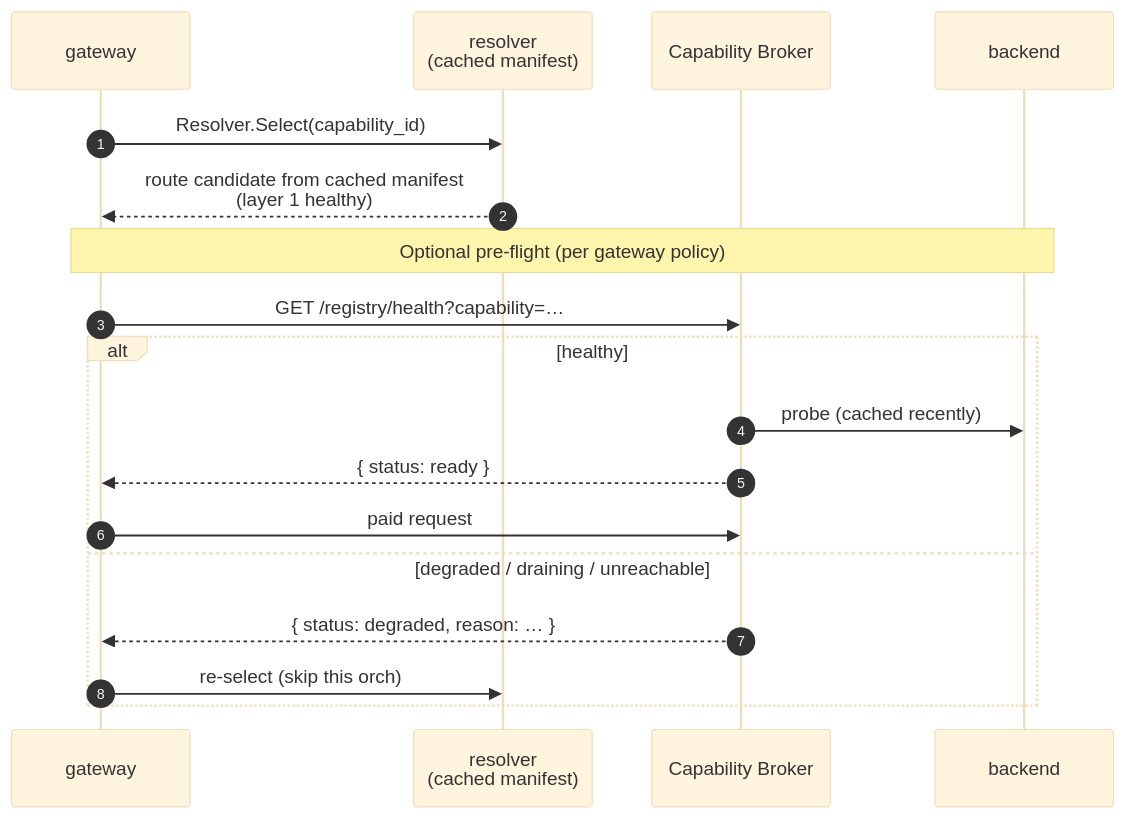
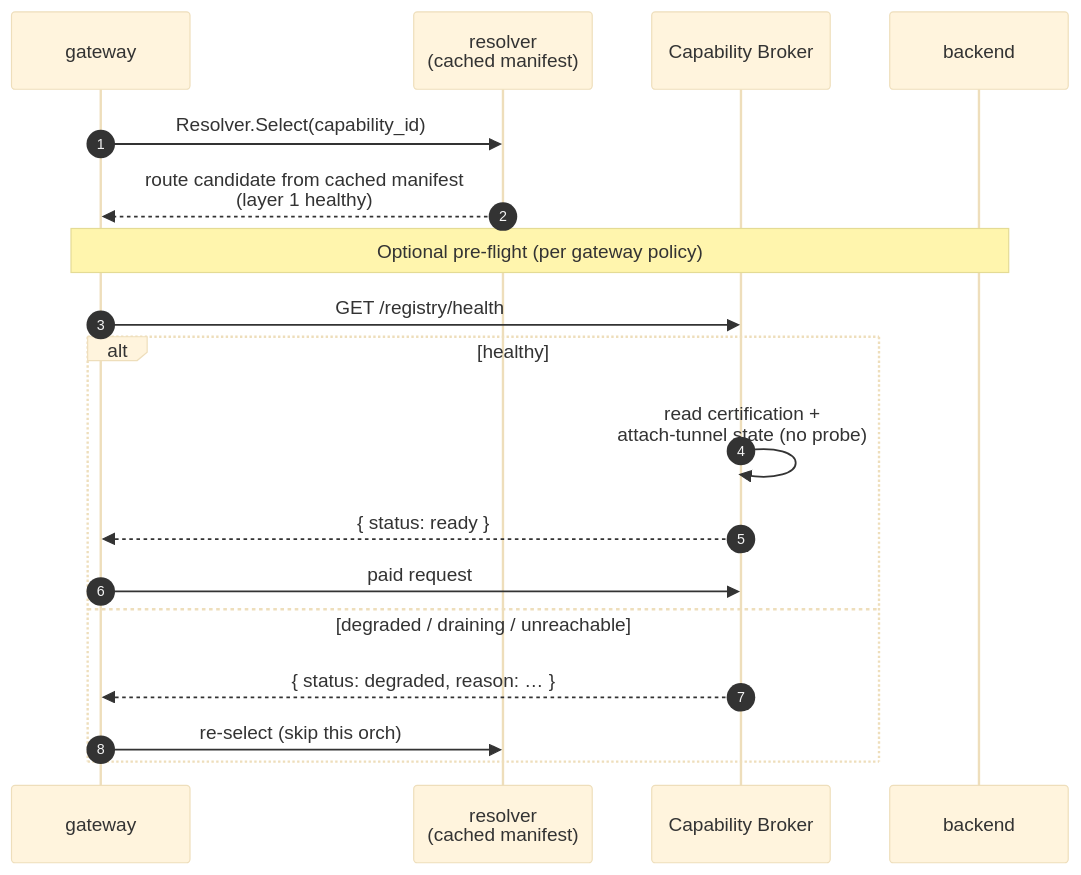
Before and after one commit to Cloud-SPE/livepeer-network-modules: the second of 3 diagrams in docs/design-docs/backend-health.md, drawn with Mermaid (base theme). The commit also changed other lines of this file and 121 other files, not shown here.

````diff
--- a/docs/design-docs/backend-health.md
+++ b/docs/design-docs/backend-health.md
@@ -227,22 +228,22 @@
 ```mermaid
 sequenceDiagram
     autonumber
     participant GW as gateway
     participant SRD as resolver<br/>(cached manifest)
     participant Broker as Capability Broker
     participant Backend as backend
 
     GW->>SRD: Resolver.Select(capability_id)
     SRD-->>GW: route candidate from cached manifest<br/>(layer 1 healthy)
 
     Note over GW,Backend: Optional pre-flight (per gateway policy)
-    GW->>Broker: GET /registry/health?capability=…
+    GW->>Broker: GET /registry/health
     alt healthy
-        Broker->>Backend: probe (cached recently)
+        Broker->>Broker: read certification +<br/>attach-tunnel state (no probe)
         Broker-->>GW: { status: ready }
         GW->>Broker: paid request
     else degraded / draining / unreachable
         Broker-->>GW: { status: degraded, reason: … }
         GW->>SRD: re-select (skip this orch)
     end
 ```
````
